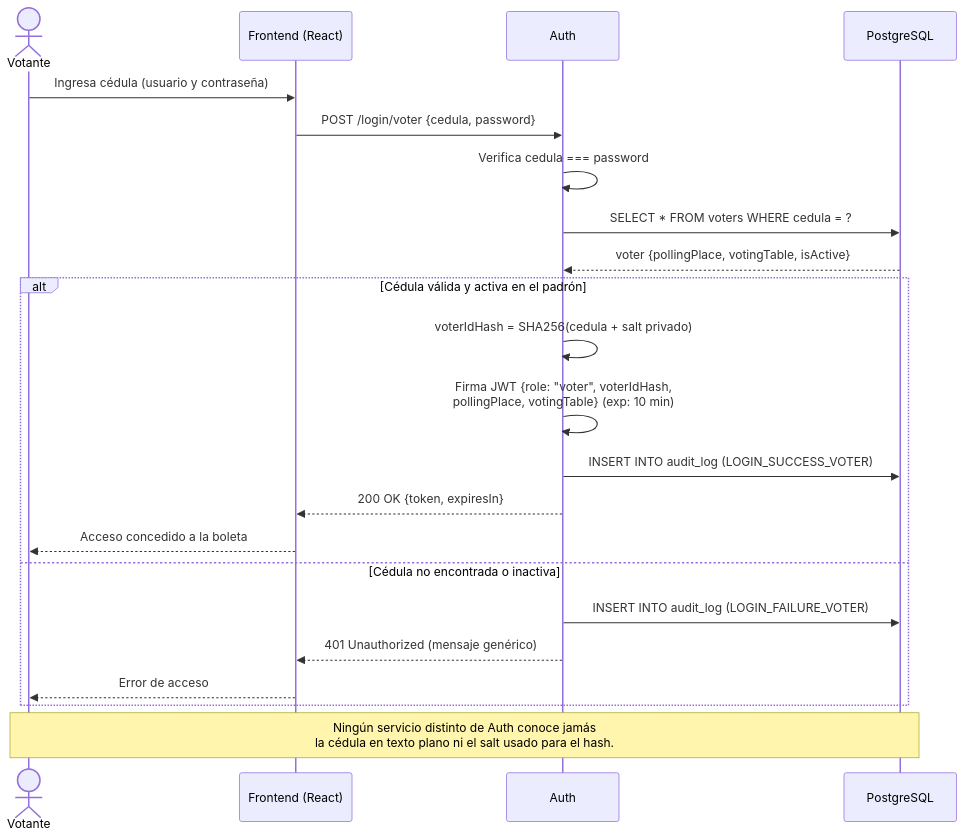
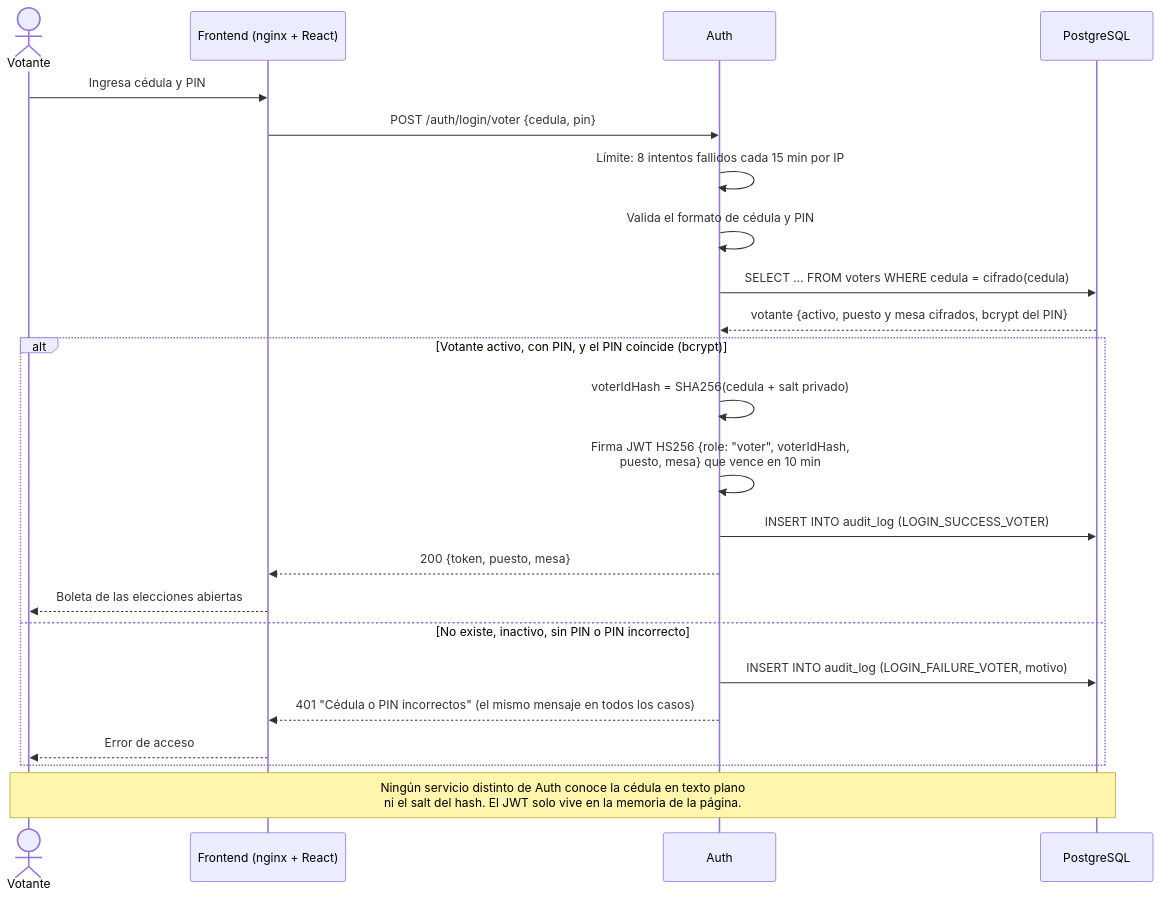
Before and after one commit to NicolasPineda1421/LiveMetric: the third of 5 diagrams in docs/manual-arquitectura.md, drawn with Mermaid. The commit also changed other lines of this file, not shown here.

````diff
--- a/docs/manual-arquitectura.md
+++ b/docs/manual-arquitectura.md
@@ -197,27 +201,28 @@
 ```mermaid
 sequenceDiagram
     actor Votante
-    participant FE as Frontend (React)
+    participant FE as Frontend (nginx + React)
     participant AUTH as Auth
     participant DB as PostgreSQL
 
-    Votante->>FE: Ingresa cédula (usuario y contraseña)
-    FE->>AUTH: POST /login/voter {cedula, password}
-    AUTH->>AUTH: Verifica cedula === password
-    AUTH->>DB: SELECT * FROM voters WHERE cedula = ?
-    DB-->>AUTH: voter {pollingPlace, votingTable, isActive}
+    Votante->>FE: Ingresa cédula y PIN
+    FE->>AUTH: POST /auth/login/voter {cedula, pin}
+    AUTH->>AUTH: Límite: 8 intentos fallidos cada 15 min por IP
+    AUTH->>AUTH: Valida el formato de cédula y PIN
+    AUTH->>DB: SELECT … FROM voters WHERE cedula = cifrado(cedula)
+    DB-->>AUTH: votante {activo, puesto y mesa cifrados, bcrypt del PIN}
 
-    alt Cédula válida y activa en el padrón
+    alt Votante activo, con PIN, y el PIN coincide (bcrypt)
         AUTH->>AUTH: voterIdHash = SHA256(cedula + salt privado)
-        AUTH->>AUTH: Firma JWT {role: "voter", voterIdHash,<br/>pollingPlace, votingTable} (exp: 10 min)
+        AUTH->>AUTH: Firma JWT HS256 {role: "voter", voterIdHash,<br/>puesto, mesa} que vence en 10 min
         AUTH->>DB: INSERT INTO audit_log (LOGIN_SUCCESS_VOTER)
-        AUTH-->>FE: 200 OK {token, expiresIn}
-        FE-->>Votante: Acceso concedido a la boleta
-    else Cédula no encontrada o inactiva
-        AUTH->>DB: INSERT INTO audit_log (LOGIN_FAILURE_VOTER)
-        AUTH-->>FE: 401 Unauthorized (mensaje genérico)
+        AUTH-->>FE: 200 {token, puesto, mesa}
+        FE-->>Votante: Boleta de las elecciones abiertas
+    else No existe, inactivo, sin PIN o PIN incorrecto
+        AUTH->>DB: INSERT INTO audit_log (LOGIN_FAILURE_VOTER, motivo)
+        AUTH-->>FE: 401 "Cédula o PIN incorrectos" (el mismo mensaje en todos los casos)
         FE-->>Votante: Error de acceso
     end
 
-    Note over Votante,DB: Ningún servicio distinto de Auth conoce jamás<br/>la cédula en texto plano ni el salt usado para el hash.
+    Note over Votante,DB: Ningún servicio distinto de Auth conoce la cédula en texto plano<br/>ni el salt del hash. El JWT solo vive en la memoria de la página.
 ```
````
